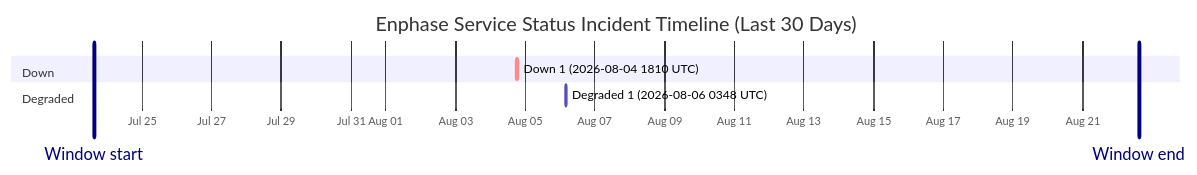
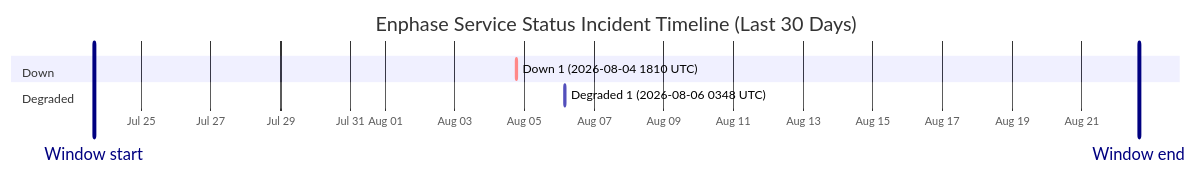
The diagram in wiki/Service-Status-History.md (barneyonline/ha-enphase-energy), drawn with Mermaid before and after one commit. The commit also changed other lines of this file and 3 other files, not shown here.

````diff
--- a/wiki/Service-Status-History.md
+++ b/wiki/Service-Status-History.md
@@ -14,12 +14,12 @@
 ```mermaid
 gantt
     title Enphase Service Status Incident Timeline (Last 30 Days)
     dateFormat  YYYY-MM-DDTHH:mm:ss
     axisFormat  %b %d
-    Window start :vert, window-start, 2026-07-23T14:47:11, 0ms
-    Window end :vert, window-end, 2026-08-22T14:47:11, 0ms
+    Window start :vert, window-start, 2026-07-23T15:18:33, 0ms
+    Window end :vert, window-end, 2026-08-22T15:18:33, 0ms
     section Down
     Down 1 (2026-08-04 1810 UTC) :crit, down-1, 2026-08-04T18:10:46, 60m
     section Degraded
     Degraded 1 (2026-08-06 0348 UTC) :active, degraded-1, 2026-08-06T03:48:14, 60m
 ```
````
